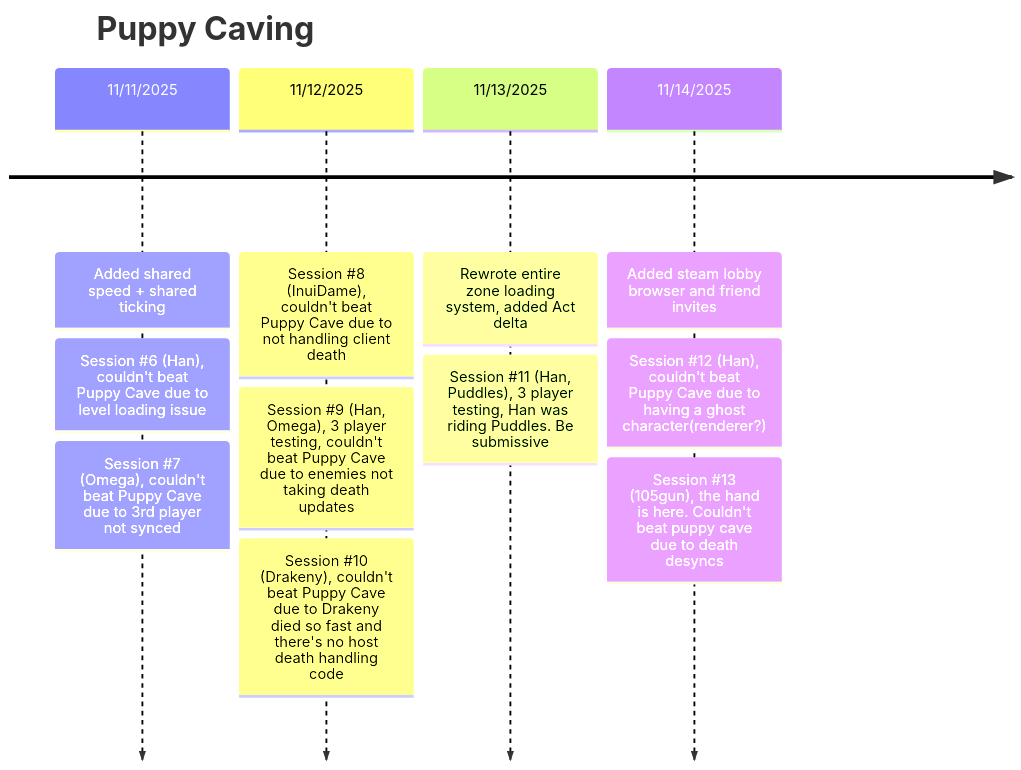
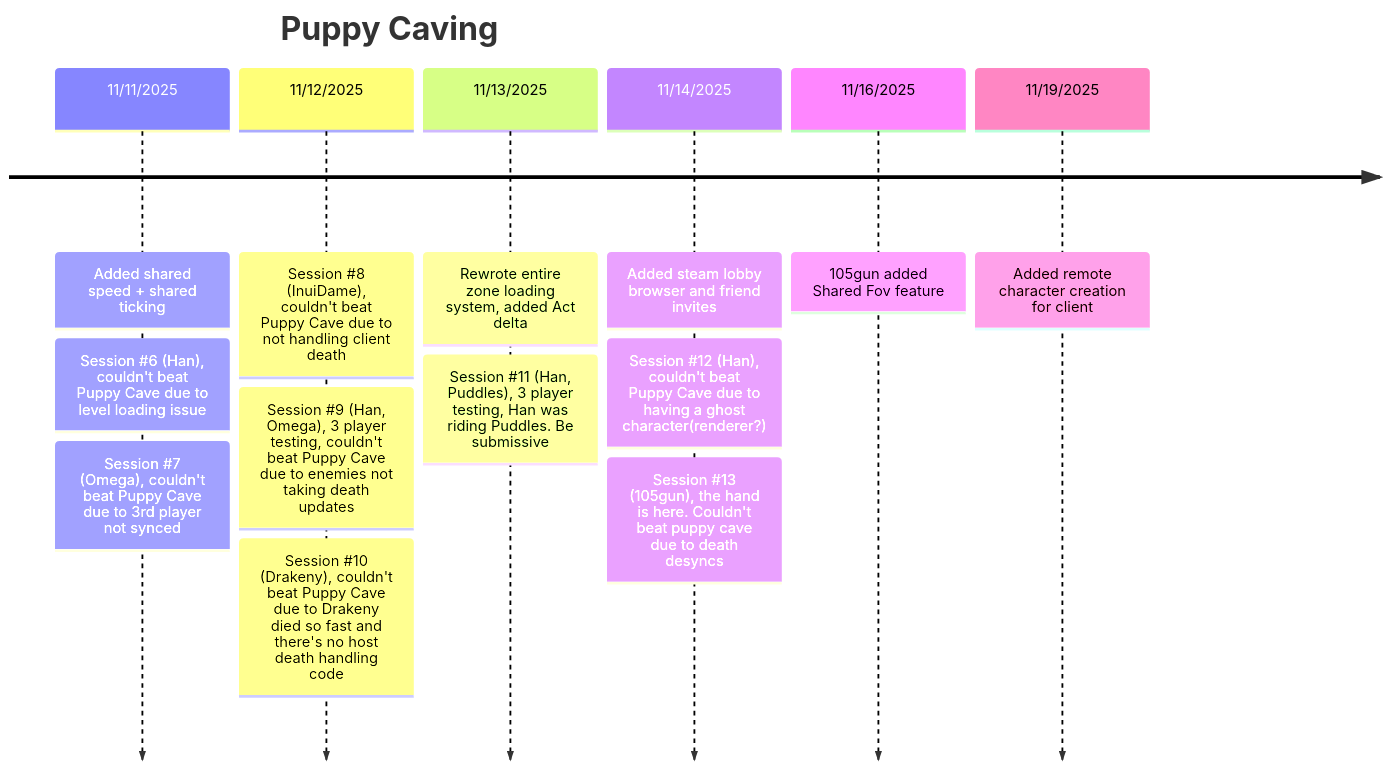
Before and after one commit to gottyduke/Elin.Plugins: the second of 2 diagrams in ElinTogether/README.md, drawn with Mermaid. The commit also changed 4 other files, not shown here.

````diff
--- a/ElinTogether/README.md
+++ b/ElinTogether/README.md
@@ -32,15 +32,17 @@
 ```mermaid
 timeline
     title Puppy Caving
     11/11/2025 : Added shared speed + shared ticking
     : Session #6 (Han), couldn't beat Puppy Cave due to level loading issue
     : Session #7 (Omega), couldn't beat Puppy Cave due to 3rd player not synced
     11/12/2025 : Session #8 (InuiDame), couldn't beat Puppy Cave due to not handling client death
     : Session #9 (Han, Omega), 3 player testing, couldn't beat Puppy Cave due to enemies not taking death updates
     : Session #10 (Drakeny), couldn't beat Puppy Cave due to Drakeny died so fast and there's no host death handling code
     11/13/2025 : Rewrote entire zone loading system, added Act delta
     : Session #11 (Han, Puddles), 3 player testing, Han was riding Puddles. Be submissive
     11/14/2025 : Added steam lobby browser and friend invites
     : Session #12 (Han), couldn't beat Puppy Cave due to having a ghost character(renderer?)
     : Session #13 (105gun), the hand is here. Couldn't beat puppy cave due to death desyncs
+    11/16/2025 : 105gun added Shared Fov feature
+    11/19/2025 : Added remote character creation for client
 ```
````
